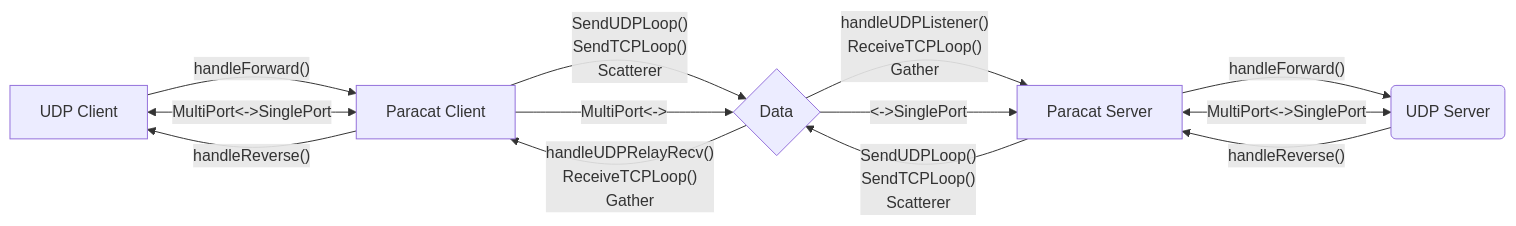
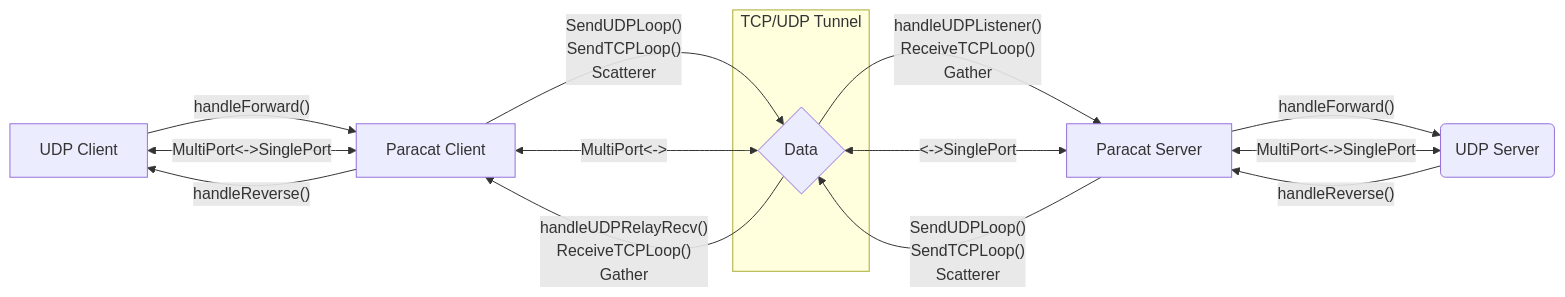
One commit to chenx-dust/paracat changed the diagram in README.md. Above: the diagram before and after it, drawn with Mermaid. The commit also changed other lines of this file and 11 other files, not shown here.

````diff
--- a/README.md
+++ b/README.md
@@ -7,40 +7,44 @@
 ```mermaid
 flowchart LR
     C[UDP Client]
     PC[Paracat Client]
     D{Data}
     PS[Paracat Server]
     S(UDP Server)
 
     C -->|"handleForward()"| PC
     C <-->|MultiPort<->SinglePort| PC
     PC -->|"handleReverse()"| C
 
     PC -->|"
     SendUDPLoop()
     SendTCPLoop()
     Scatterer
     "| D
-    PC -->|MultiPort<->| D
+    PC <-->|MultiPort<->| D
     D -->|"
     handleUDPRelayRecv()
     ReceiveTCPLoop()
     Gather
     "| PC
 
     D -->|"
     handleUDPListener()
     ReceiveTCPLoop()
     Gather
     "| PS
-    D -->|<->SinglePort| PS
+    D <-->|<->SinglePort| PS
     PS -->|"
     SendUDPLoop()
     SendTCPLoop()
     Scatterer
     "| D
 
     PS -->|"handleForward()"| S
     PS <-->|MultiPort<->SinglePort| S
     S -->|"handleReverse()"| PS
+
+    subgraph TCP/UDP Tunnel
+        D
+    end
 ```
````
